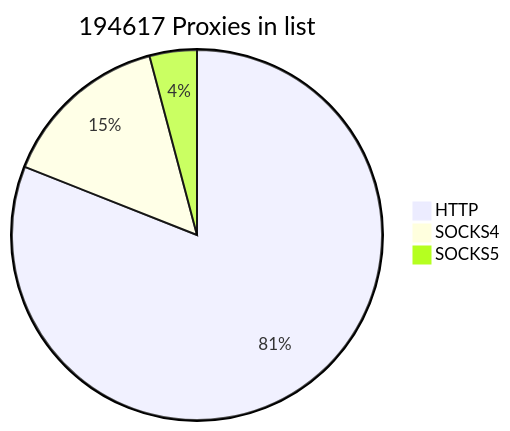
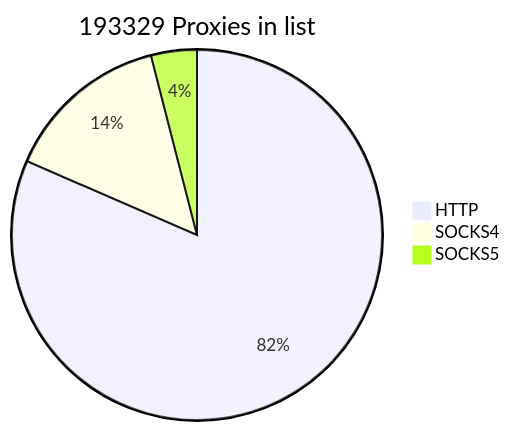
The first of 2 diagrams in README.md (cutipu/proxylist), drawn with Mermaid before and after one commit. The commit also changed other lines of this file, not shown here.

````diff
--- a/README.md
+++ b/README.md
@@ -2,7 +2,7 @@
 ```mermaid
-pie title 194617 Proxies in list
-    "HTTP" : 157632
-    "SOCKS4" : 28949
-    "SOCKS5" : 8036
+pie title 193329 Proxies in list
+    "HTTP" : 157608
+    "SOCKS4" : 27992
+    "SOCKS5" : 7729
             
 ```
````
